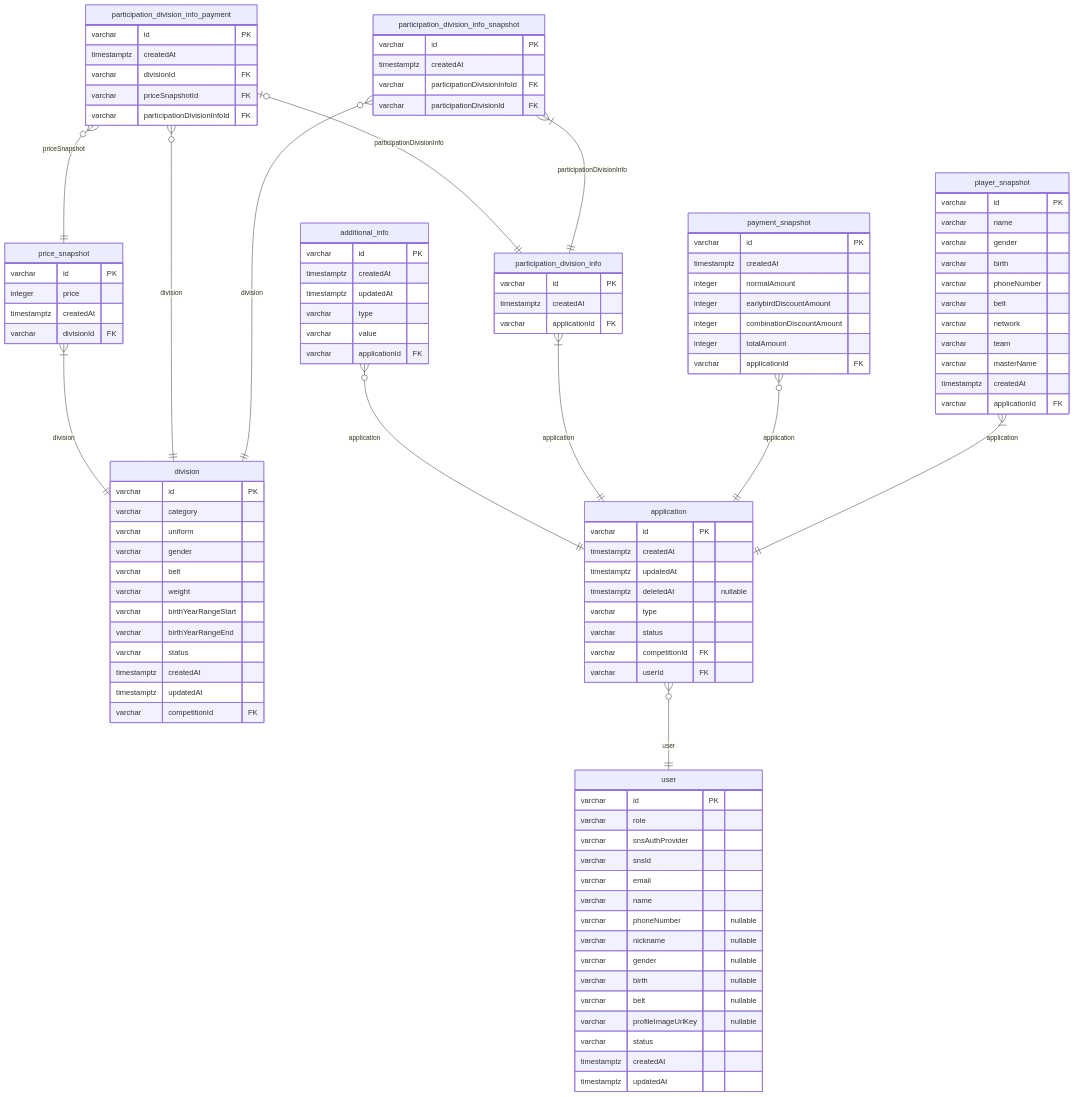
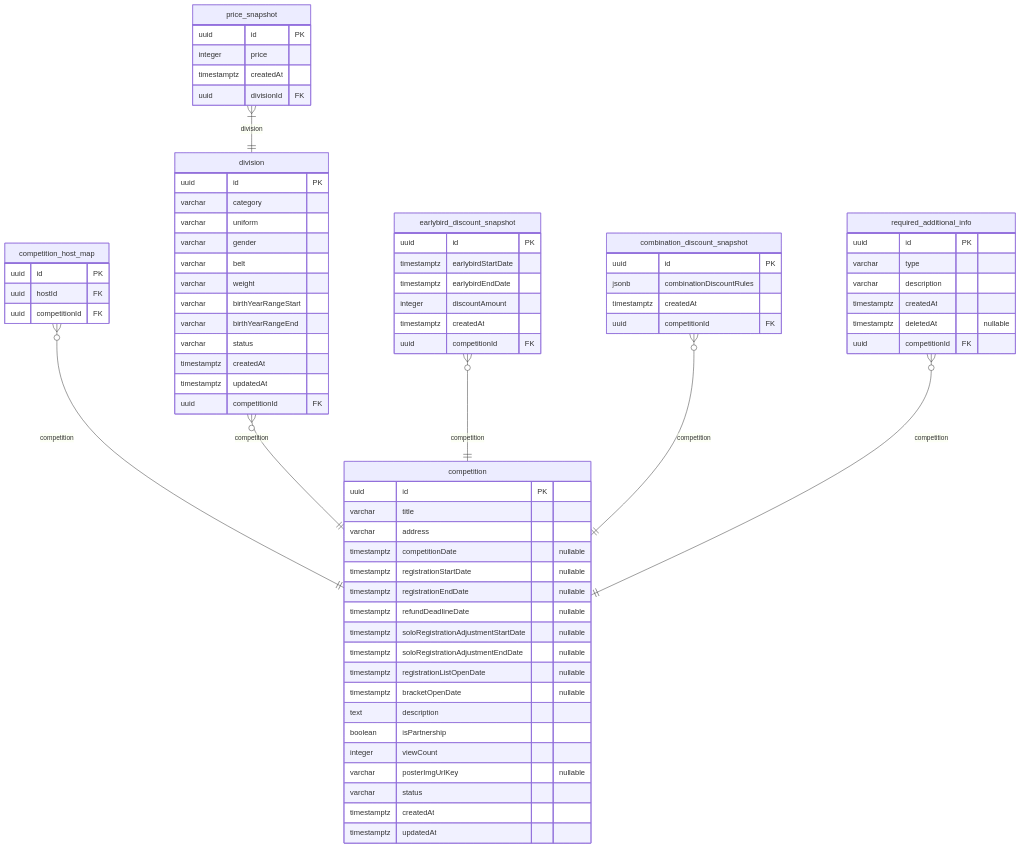
Before and after one commit to NAJUHA-JIUJITSU/najuha-v2-be: the third of 4 diagrams in docs/najiha-v2-erd.md, drawn with Mermaid. The commit also changed other lines of this file and 43 other files, not shown here.

````diff
--- a/docs/najiha-v2-erd.md
+++ b/docs/najiha-v2-erd.md
@@ -113,53 +326,18 @@
 ```mermaid
 erDiagram
-  player_snapshot {
-    varchar id PK
-    varchar name
-    varchar gender
-    varchar birth
-    varchar phoneNumber
-    varchar belt
-    varchar network
-    varchar team
-    varchar masterName
-    timestamptz createdAt
-    varchar applicationId FK
-  }
-  payment_snapshot {
-    varchar id PK
-    timestamptz createdAt
-    integer normalAmount
-    integer earlybirdDiscountAmount
-    integer combinationDiscountAmount
-    integer totalAmount
-    varchar applicationId FK
-  }
-  participation_division_info_snapshot {
-    varchar id PK
-    timestamptz createdAt
-    varchar participationDivisionInfoId FK
-    varchar participationDivisionId FK
-  }
-  participation_division_info {
-    varchar id PK
-    timestamptz createdAt
-    varchar applicationId FK
-  }
-  participation_division_info_payment {
-    varchar id PK
-    timestamptz createdAt
-    varchar divisionId FK
-    varchar priceSnapshotId FK
-    varchar participationDivisionInfoId FK
+  competition_host_map {
+    uuid id PK
+    uuid hostId FK
+    uuid competitionId FK
   }
   price_snapshot {
-    varchar id PK
+    uuid id PK
     integer price
     timestamptz createdAt
-    varchar divisionId FK
+    uuid divisionId FK
   }
   division {
-    varchar id PK
+    uuid id PK
     varchar category
     varchar uniform
     varchar gender
@@ -170,52 +348,54 @@
     varchar status
     timestamptz createdAt
     timestamptz updatedAt
-    varchar competitionId FK
+    uuid competitionId FK
   }
-  additional_info {
-    varchar id PK
+  earlybird_discount_snapshot {
+    uuid id PK
+    timestamptz earlybirdStartDate
+    timestamptz earlybirdEndDate
+    integer discountAmount
     timestamptz createdAt
-    timestamptz updatedAt
-    varchar type
-    varchar value
-    varchar applicationId FK
+    uuid competitionId FK
   }
-  application {
-    varchar id PK
+  combination_discount_snapshot {
+    uuid id PK
+    jsonb combinationDiscountRules
     timestamptz createdAt
-    timestamptz updatedAt
-    timestamptz deletedAt "nullable"
-    varchar type
-    varchar status
-    varchar competitionId FK
-    varchar userId FK
+    uuid competitionId FK
   }
-  user {
-    varchar id PK
-    varchar role
-    varchar snsAuthProvider
-    varchar snsId
-    varchar email
-    varchar name
-    varchar phoneNumber "nullable"
-    varchar nickname "nullable"
-    varchar gender "nullable"
-    varchar birth "nullable"
-    varchar belt "nullable"
-    varchar profileImageUrlKey "nullable"
+  competition {
+    uuid id PK
+    varchar title
+    varchar address
+    timestamptz competitionDate "nullable"
+    timestamptz registrationStartDate "nullable"
+    timestamptz registrationEndDate "nullable"
+    timestamptz refundDeadlineDate "nullable"
+    timestamptz soloRegistrationAdjustmentStartDate "nullable"
+    timestamptz soloRegistrationAdjustmentEndDate "nullable"
+    timestamptz registrationListOpenDate "nullable"
+    timestamptz bracketOpenDate "nullable"
+    text description
+    boolean isPartnership
+    integer viewCount
+    varchar posterImgUrlKey "nullable"
     varchar status
     timestamptz createdAt
     timestamptz updatedAt
   }
-  player_snapshot }|--|| application: application
-  payment_snapshot }o--|| application: application
-  participation_division_info_snapshot }|--|| participation_division_info: participationDivisionInfo
-  participation_division_info_snapshot }o--|| division: division
-  participation_division_info }|--|| application: application
-  participation_division_info_payment }o--|| division: division
-  participation_division_info_payment }o--|| price_snapshot: priceSnapshot
-  participation_division_info_payment |o--|| participation_division_info: participationDivisionInfo
+  required_additional_info {
+    uuid id PK
+    varchar type
+    varchar description
+    timestamptz createdAt
+    timestamptz deletedAt "nullable"
+    uuid competitionId FK
+  }
+  competition_host_map }o--|| competition: competition
   price_snapshot }|--|| division: division
-  additional_info }o--|| application: application
-  application }o--|| user: user
+  division }o--|| competition: competition
+  earlybird_discount_snapshot }o--|| competition: competition
+  combination_discount_snapshot }o--|| competition: competition
+  required_additional_info }o--|| competition: competition
 ```
````
